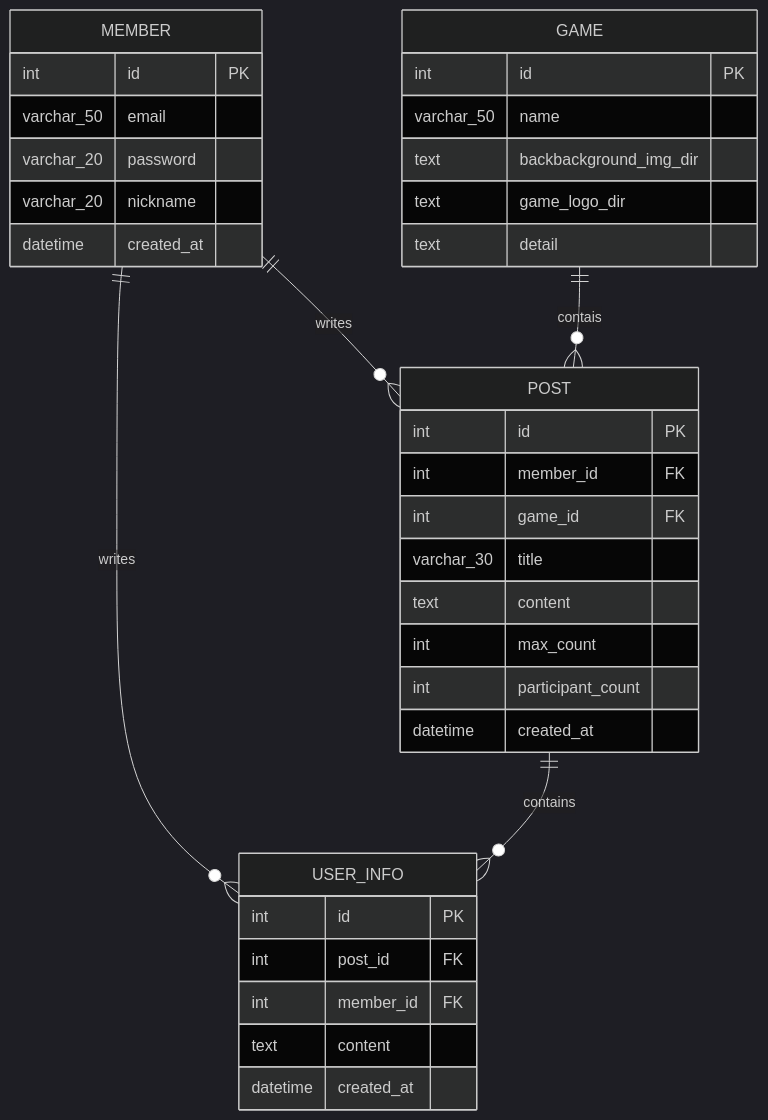
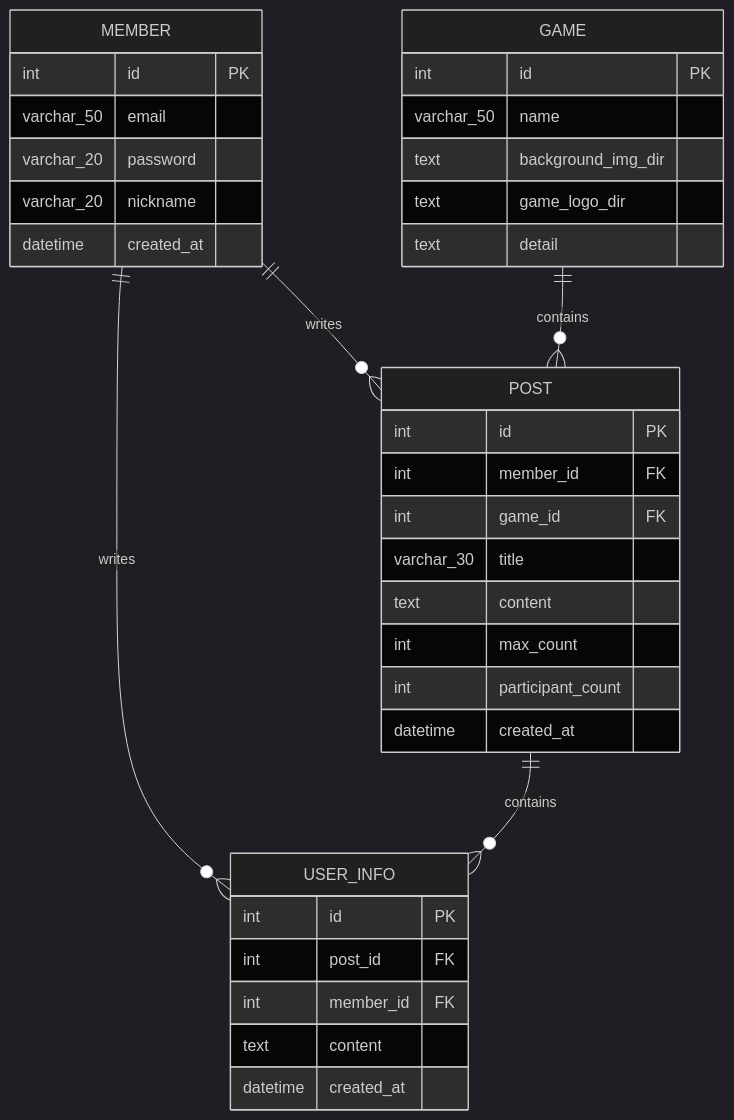
Before and after one commit to ByungChanP/4I-s---Propject: the diagram in docs/02_design/02_erd.md, drawn with Mermaid (dark theme).

Commit message:
오타 수정

````diff
--- a/docs/02_design/02_erd.md
+++ b/docs/02_design/02_erd.md
@@ -13,42 +13,42 @@
 ```mermaid
 erDiagram
     MEMBER ||--o{ POST : writes
     MEMBER ||--o{ USER_INFO : writes
     POST ||--o{ USER_INFO : contains
-    GAME ||--o{ POST : contais
+    GAME ||--o{ POST : contains
 
     MEMBER {
         int id PK
         varchar_50 email
         varchar_20 password
         varchar_20 nickname
         datetime created_at
     }
 
     POST {
         int id PK
         int member_id FK
         int game_id FK
         varchar_30 title
         text content
         int max_count
         int participant_count
         datetime created_at
     }
 
     USER_INFO {
         int id PK
         int post_id FK
         int member_id FK
         text content
         datetime created_at
     }
 
     GAME {
         int id PK
         varchar_50 name
-        text backbackground_img_dir
+        text background_img_dir
         text game_logo_dir
         text detail  
     }
 ```
````
